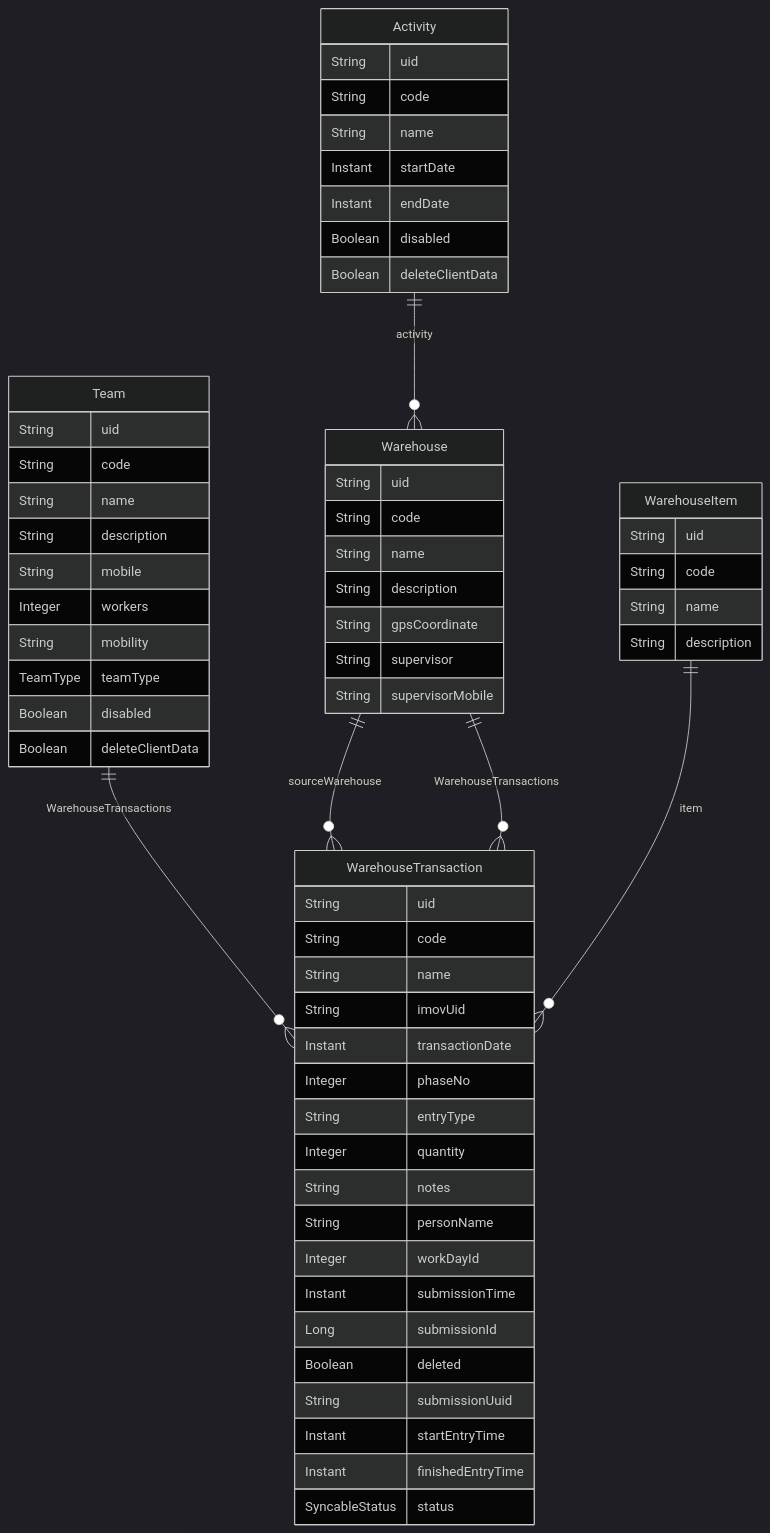
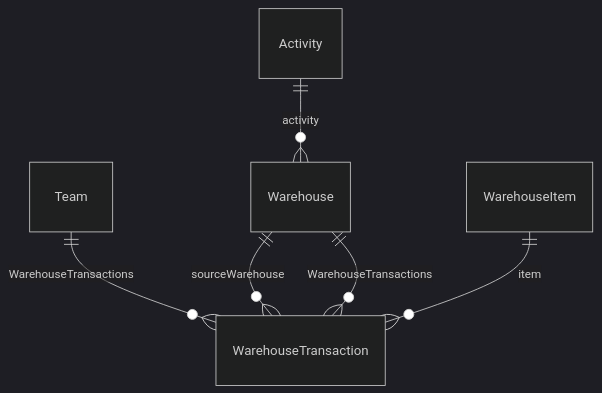
Before and after one commit to MassPro-NMCPYE/data-run-docs: the second of 5 diagrams in docs/index.md, drawn with Mermaid (dark theme). The commit also changed other lines of this file, not shown here.

````diff
--- a/docs/index.md
+++ b/docs/index.md
@@ -208,69 +204,8 @@
 ```mermaid
 erDiagram
   Activity ||--o{ Warehouse : "activity"
   Team ||--o{ WarehouseTransaction : "WarehouseTransactions"
   Warehouse ||--o{ WarehouseTransaction : "sourceWarehouse"
   Warehouse ||--o{ WarehouseTransaction : "WarehouseTransactions"
   WarehouseItem ||--o{ WarehouseTransaction : "item"
-
-  Activity {
-      String uid
-      String code
-      String name
-      Instant startDate
-      Instant endDate
-      Boolean disabled
-      Boolean deleteClientData
-  }
-
-  Team {
-      String uid
-      String code
-      String name
-      String description
-      String mobile
-      Integer workers
-      String mobility
-      TeamType teamType
-      Boolean disabled
-      Boolean deleteClientData
-  }
-
-  Warehouse {
-      String uid
-      String code
-      String name
-      String description
-      String gpsCoordinate
-      String supervisor
-      String supervisorMobile
-  }
-
-  WarehouseItem {
-      String uid
-      String code
-      String name
-      String description
-  }
-
-  WarehouseTransaction {
-      String uid
-      String code
-      String name
-      String imovUid
-      Instant transactionDate
-      Integer phaseNo
-      String entryType
-      Integer quantity
-      String notes
-      String personName
-      Integer workDayId
-      Instant submissionTime
-      Long submissionId
-      Boolean deleted
-      String submissionUuid
-      Instant startEntryTime
-      Instant finishedEntryTime
-      SyncableStatus status
-  }
 ```
````
